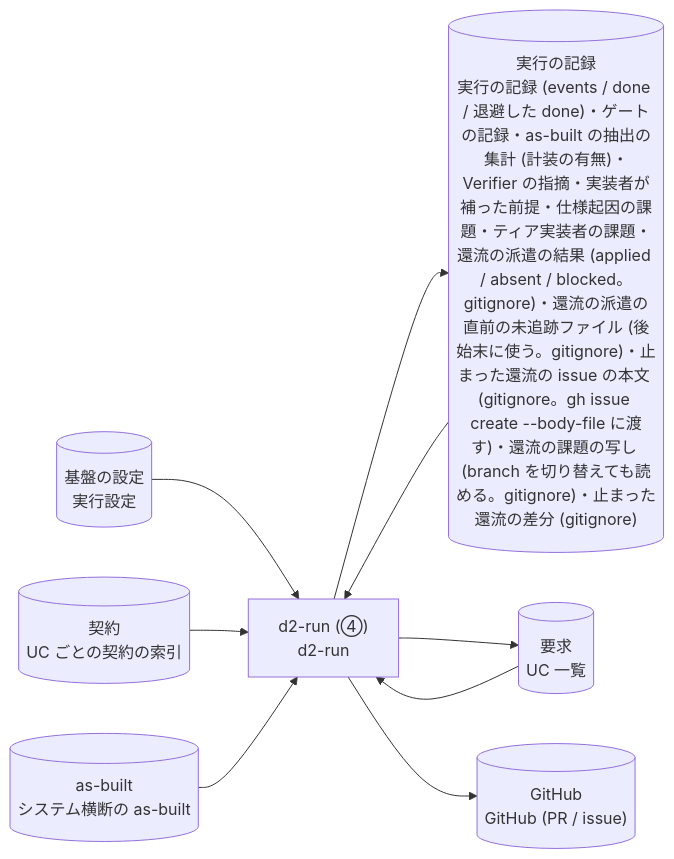
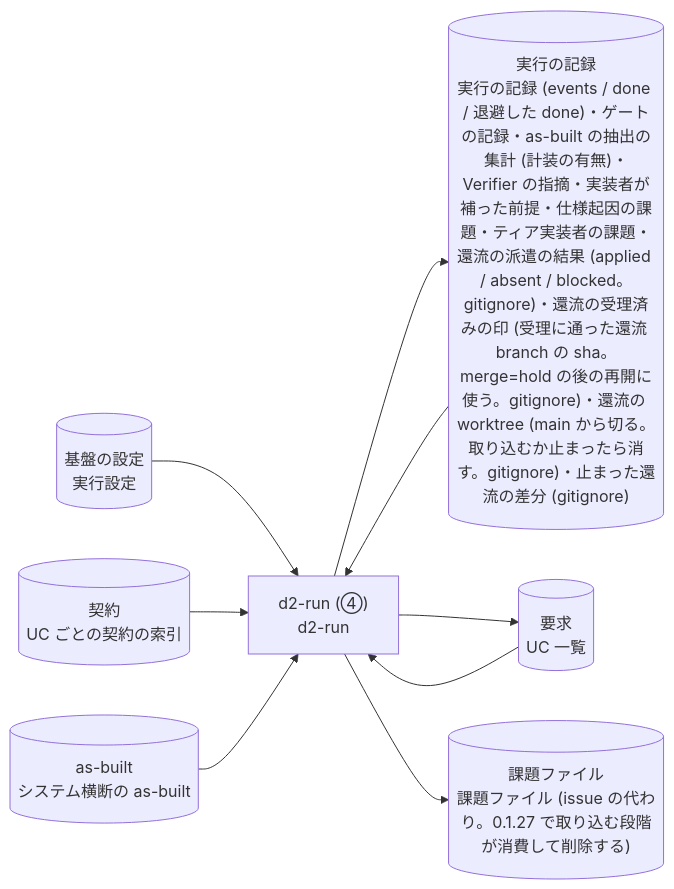
Before and after one commit to suwa-sh/suwa-sh-claude-plugins: diagram 28 of 43 in plugins/distillery2/skills/d2-common/references/dataflow.md, drawn with Mermaid. The commit also changed other lines of this file and 20 other files, not shown here.

First line of the commit message:
feat(distillery2): PR / issue をやめ、配送と還流を git とファイルだけで完結させる (0.1.26)

````diff
--- a/plugins/distillery2/skills/d2-common/references/dataflow.md
+++ b/plugins/distillery2/skills/d2-common/references/dataflow.md
@@ -733,18 +733,18 @@
 ```mermaid
 flowchart LR
   p_run_uc["d2-run (④)<br/>d2-run"]
   g_settings[("基盤の設定<br/>実行設定")]
   g_requirements[("要求<br/>UC 一覧")]
-  g_run[("実行の記録<br/>実行の記録 (events / done / 退避した done)・ゲートの記録・as-built の抽出の集計 (計装の有無)・Verifier の指摘・実装者が補った前提・仕様起因の課題・ティア実装者の課題・還流の派遣の結果 (applied / absent / blocked。gitignore)・還流の派遣の直前の未追跡ファイル (後始末に使う。gitignore)・止まった還流の issue の本文 (gitignore。gh issue create --body-file に渡す)・還流の課題の写し (branch を切り替えても読める。gitignore)・止まった還流の差分 (gitignore)")]
+  g_run[("実行の記録<br/>実行の記録 (events / done / 退避した done)・ゲートの記録・as-built の抽出の集計 (計装の有無)・Verifier の指摘・実装者が補った前提・仕様起因の課題・ティア実装者の課題・還流の派遣の結果 (applied / absent / blocked。gitignore)・還流の受理済みの印 (受理に通った還流 branch の sha。merge=hold の後の再開に使う。gitignore)・還流の worktree (main から切る。取り込むか止まったら消す。gitignore)・止まった還流の差分 (gitignore)")]
   g_contracts[("契約<br/>UC ごとの契約の索引")]
   g_asbuilt[("as-built<br/>システム横断の as-built")]
-  g_github[("GitHub<br/>GitHub (PR / issue)")]
+  g_feedback_docs[("課題ファイル<br/>課題ファイル (issue の代わり。0.1.27 で取り込む段階が消費して削除する)")]
   g_settings --> p_run_uc
   g_requirements --> p_run_uc
   g_run --> p_run_uc
   g_contracts --> p_run_uc
   g_asbuilt --> p_run_uc
   p_run_uc --> g_run
   p_run_uc --> g_requirements
-  p_run_uc --> g_github
+  p_run_uc --> g_feedback_docs
 ```
````
